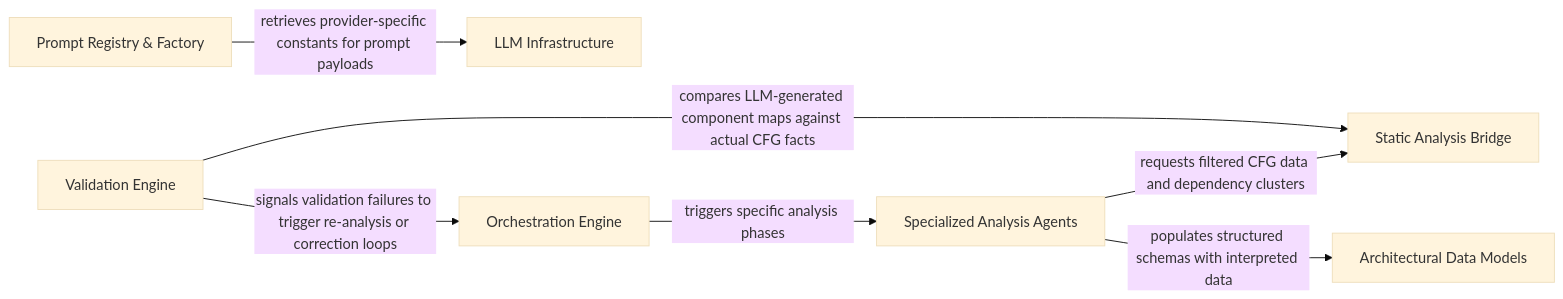
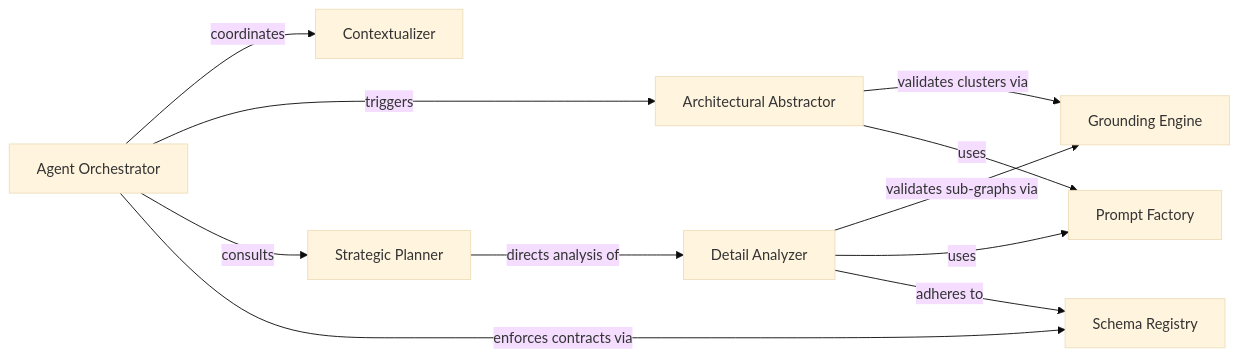
The diagram in .codeboarding/LLM_Agent_Core.md (CodeBoarding/CodeBoarding), drawn with Mermaid (base theme) before and after one commit. The commit also changed other lines of this file and 11 other files, not shown here.

````diff
--- a/.codeboarding/LLM_Agent_Core.md
+++ b/.codeboarding/LLM_Agent_Core.md
@@ -1,16 +1,21 @@
 ```mermaid
 graph LR
-    Orchestration_Engine["Orchestration Engine"]
-    Prompt_Registry_Factory["Prompt Registry & Factory"]
-    Specialized_Analysis_Agents["Specialized Analysis Agents"]
-    Validation_Engine["Validation Engine"]
-    Architectural_Data_Models["Architectural Data Models"]
-    Static_Analysis_Bridge["Static Analysis Bridge"]
-    LLM_Infrastructure["LLM Infrastructure"]
-    Orchestration_Engine -- "triggers specific analysis phases" --> Specialized_Analysis_Agents
-    Specialized_Analysis_Agents -- "requests filtered CFG data and dependency clusters" --> Static_Analysis_Bridge
-    Validation_Engine -- "compares LLM‑generated component maps against actual CFG facts" --> Static_Analysis_Bridge
-    Validation_Engine -- "signals validation failures to trigger re‑analysis or correction loops" --> Orchestration_Engine
-    Prompt_Registry_Factory -- "retrieves provider‑specific constants for prompt payloads" --> LLM_Infrastructure
-    Specialized_Analysis_Agents -- "populates structured schemas with interpreted data" --> Architectural_Data_Models
+    Agent_Orchestrator["Agent Orchestrator"]
+    Contextualizer["Contextualizer"]
+    Architectural_Abstractor["Architectural Abstractor"]
+    Strategic_Planner["Strategic Planner"]
+    Detail_Analyzer["Detail Analyzer"]
+    Grounding_Engine["Grounding Engine"]
+    Prompt_Factory["Prompt Factory"]
+    Schema_Registry["Schema Registry"]
+    Agent_Orchestrator -- "coordinates" --> Contextualizer
+    Agent_Orchestrator -- "triggers" --> Architectural_Abstractor
+    Architectural_Abstractor -- "validates clusters via" --> Grounding_Engine
+    Agent_Orchestrator -- "consults" --> Strategic_Planner
+    Strategic_Planner -- "directs analysis of" --> Detail_Analyzer
+    Detail_Analyzer -- "validates sub‑graphs via" --> Grounding_Engine
+    Detail_Analyzer -- "uses" --> Prompt_Factory
+    Architectural_Abstractor -- "uses" --> Prompt_Factory
+    Agent_Orchestrator -- "enforces contracts via" --> Schema_Registry
+    Detail_Analyzer -- "adheres to" --> Schema_Registry
 ```
````
